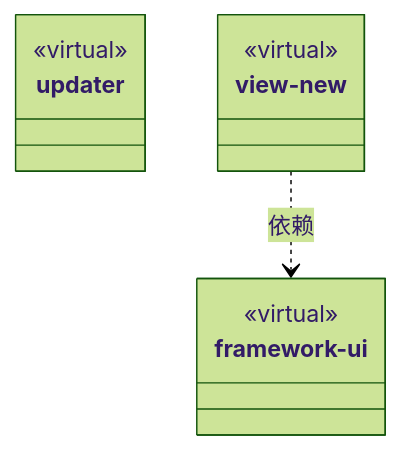
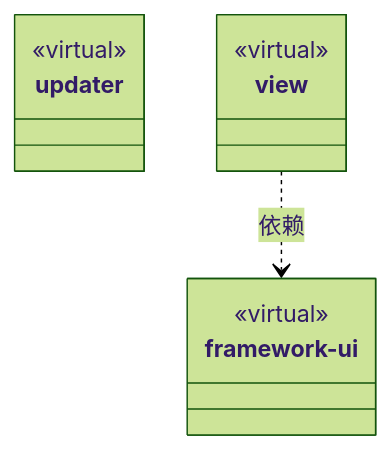
Before and after one commit to nan023062/cbim: the second of 2 diagrams in src/ARCHITECTURE.md, drawn with Mermaid (forest theme). The commit also changed other lines of this file and 501 other files, not shown here.

````diff
--- a/src/ARCHITECTURE.md
+++ b/src/ARCHITECTURE.md
@@ -73,16 +73,16 @@
 ```mermaid
 classDiagram
 class N_b572c76539a3["updater"] {
   <<virtual>>
 }
 click N_b572c76539a3 href "updater/ARCHITECTURE.md"
 class N_b3e974f45a66["framework-ui"] {
   <<virtual>>
 }
 click N_b3e974f45a66 href "framework-ui/ARCHITECTURE.md"
-class N_c755adb87123["view-new"] {
+class N_eae847246398["view"] {
   <<virtual>>
 }
-click N_c755adb87123 href "view-new/ARCHITECTURE.md"
-N_c755adb87123 ..> N_b3e974f45a66 : 依赖
+click N_eae847246398 href "view/ARCHITECTURE.md"
+N_eae847246398 ..> N_b3e974f45a66 : 依赖
 ```
````
